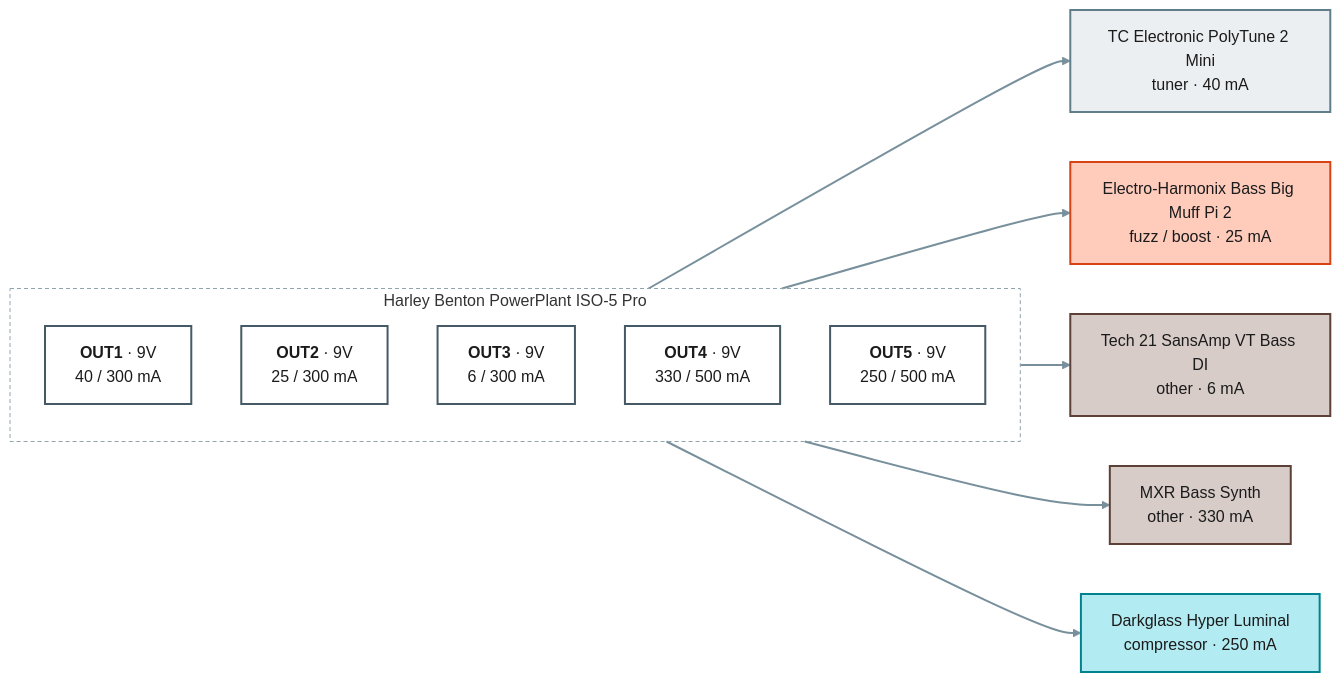
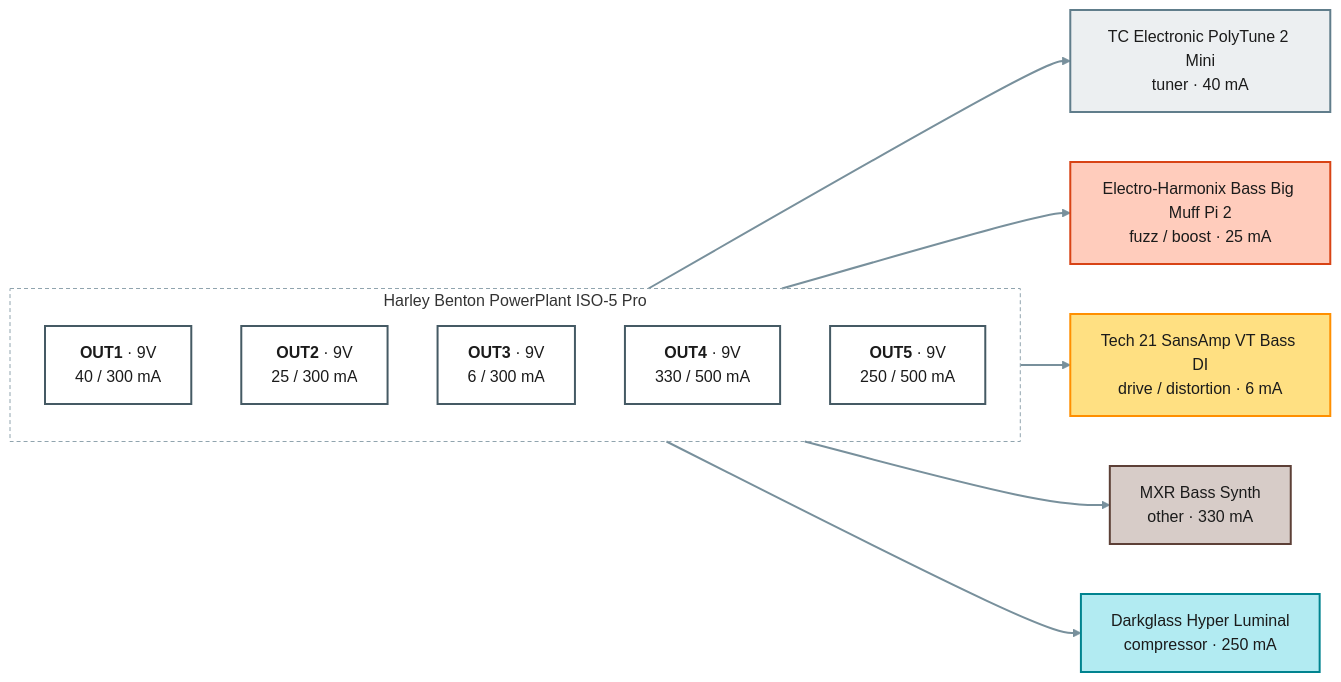
One commit to pedroacvieira/pedalboard changed the second of 2 diagrams in projects/bass/README.md. Above: the diagram before and after it, drawn with Mermaid (forest theme). The commit also changed other lines of this file and 5 other files, not shown here.

````diff
--- a/projects/bass/README.md
+++ b/projects/bass/README.md
@@ -60,30 +64,31 @@
 ```mermaid
 flowchart LR
     subgraph psu1["Harley Benton PowerPlant ISO-5 Pro"]
         direction TB
         psu1_OUT1["<b>OUT1</b> · 9V<br/>40 / 300 mA"]:::out9
         psu1_OUT2["<b>OUT2</b> · 9V<br/>25 / 300 mA"]:::out9
         psu1_OUT3["<b>OUT3</b> · 9V<br/>6 / 300 mA"]:::out9
         psu1_OUT4["<b>OUT4</b> · 9V<br/>330 / 500 mA"]:::out9
         psu1_OUT5["<b>OUT5</b> · 9V<br/>250 / 500 mA"]:::out9
     end
     polytune_2_mini["TC Electronic PolyTune 2 Mini<br/>tuner · 40 mA"]:::c_tuner
     ehx_bass_big_muff_2["Electro-Harmonix Bass Big Muff Pi 2<br/>fuzz / boost · 25 mA"]:::c_fuzz___boost
-    tech21_vt_bass_di["Tech 21 SansAmp VT Bass DI<br/>other · 6 mA"]:::c_other
+    tech21_vt_bass_di["Tech 21 SansAmp VT Bass DI<br/>drive / distortion · 6 mA"]:::c_drive___distortion
     mxr_bass_synth["MXR Bass Synth<br/>other · 330 mA"]:::c_other
     darkglass_hyper_luminal["Darkglass Hyper Luminal<br/>compressor · 250 mA"]:::c_compressor
     psu1_OUT1 --> polytune_2_mini
     psu1_OUT2 --> ehx_bass_big_muff_2
     psu1_OUT3 --> tech21_vt_bass_di
     psu1_OUT4 --> mxr_bass_synth
     psu1_OUT5 --> darkglass_hyper_luminal
     classDef out9 fill:#ffffff,stroke:#455a64,stroke-width:2px,color:#1b1b1b
     classDef out18 fill:#ffffff,stroke:#d84315,stroke-width:3px,color:#1b1b1b
     classDef spare fill:#fafafa,stroke:#9e9e9e,stroke-dasharray:4 3,color:#757575
     classDef c_tuner fill:#eceff1,stroke:#607d8b,stroke-width:2px,color:#1b1b1b
     classDef c_compressor fill:#b2ebf2,stroke:#00838f,stroke-width:2px,color:#1b1b1b
     classDef c_fuzz___boost fill:#ffccbc,stroke:#d84315,stroke-width:2px,color:#1b1b1b
+    classDef c_drive___distortion fill:#ffe082,stroke:#ff8f00,stroke-width:2px,color:#1b1b1b
     classDef c_other fill:#d7ccc8,stroke:#5d4037,stroke-width:2px,color:#1b1b1b
     style psu1 fill:none,stroke:#90a4ae,stroke-dasharray:4 3
     linkStyle default stroke:#78909c,stroke-width:2px
 ```
````
